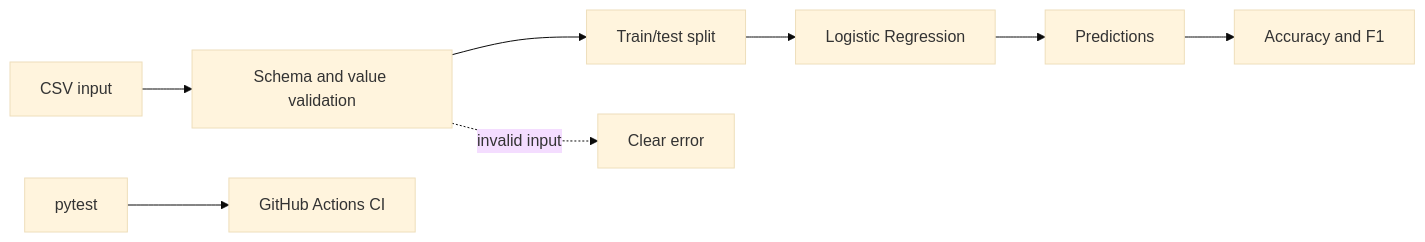
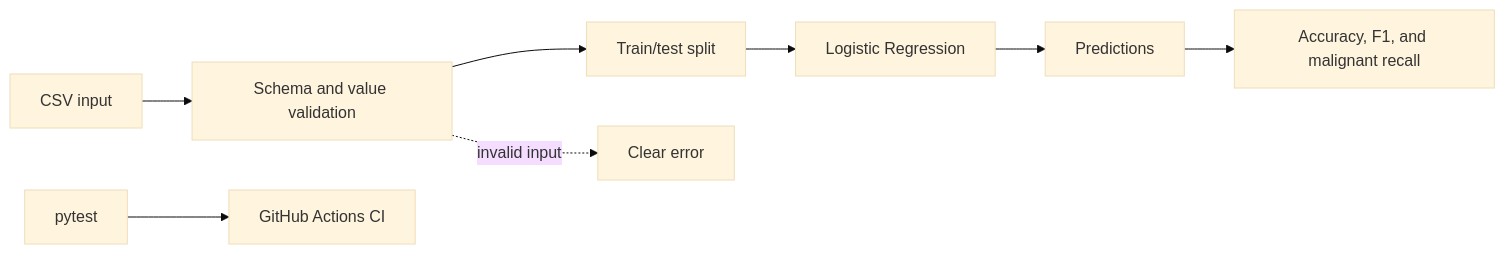
Before and after one commit to aemref/AI-01-production-ml-classifier: the diagram in README.md, drawn with Mermaid (base theme). The commit also changed other lines of this file and 9 other files, not shown here.

Commit message:
feat: publish EDA and improve malignant recall

````diff
--- a/README.md
+++ b/README.md
@@ -89,10 +96,10 @@
 ```mermaid
 flowchart LR
     A[CSV input] --> B[Schema and value validation]
     B --> C[Train/test split]
     C --> D[Logistic Regression]
     D --> E[Predictions]
-    E --> F[Accuracy and F1]
+    E --> F[Accuracy, F1, and malignant recall]
     G[pytest] --> H[GitHub Actions CI]
     B -. invalid input .-> I[Clear error]
 ```
````
